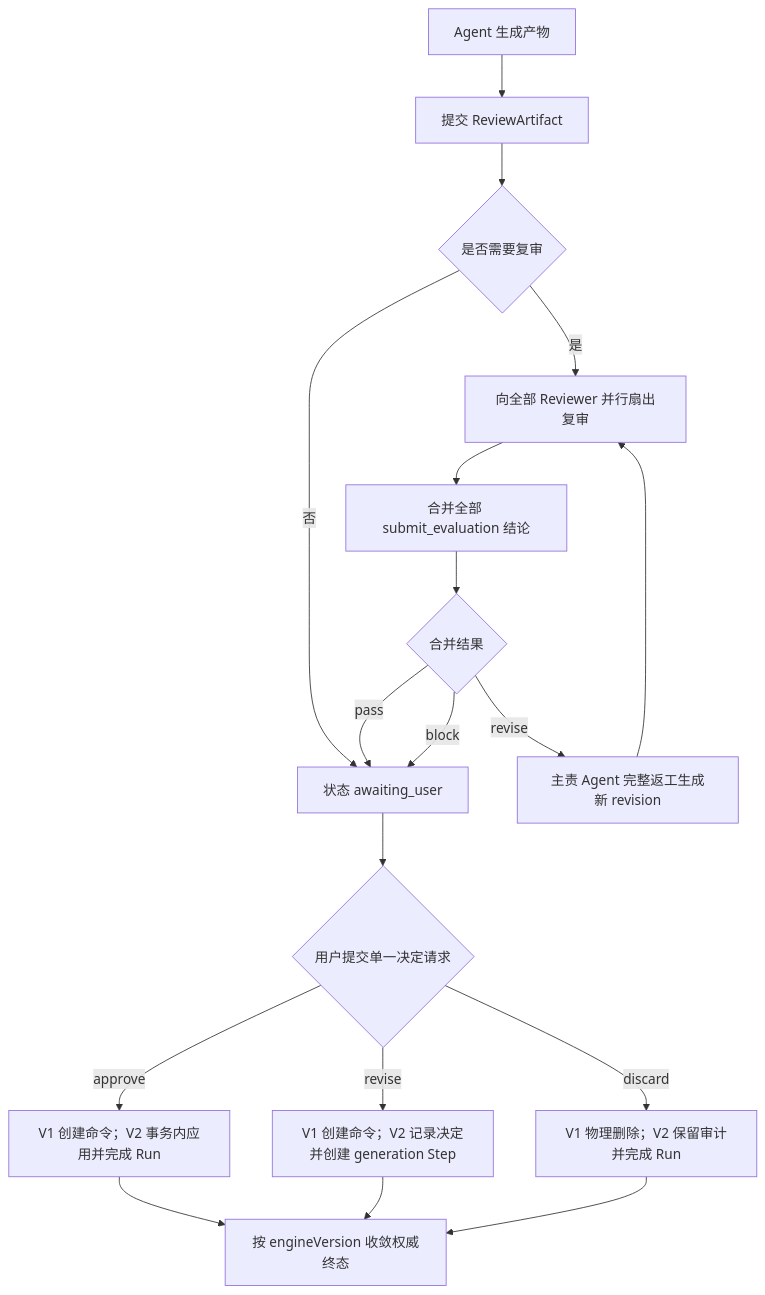
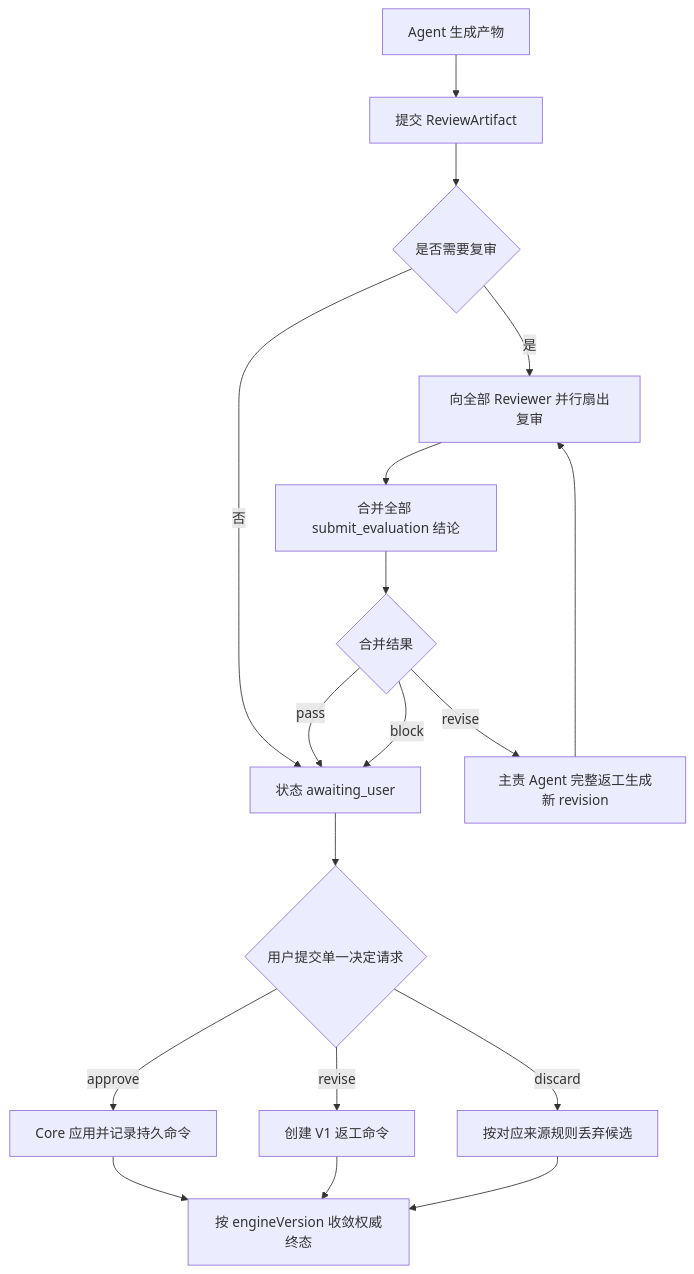
One commit to chimeiwang/Smart-Novel-Gen-nie changed the second of 4 diagrams in docs/requirements/04-review-quality-and-workflow.md. Above: the diagram before and after it, drawn with Mermaid. The commit also changed other lines of this file and 367 other files, not shown here.

```diff
--- a/docs/requirements/04-review-quality-and-workflow.md
+++ b/docs/requirements/04-review-quality-and-workflow.md
@@ -161,20 +124,20 @@
 ~~~mermaid
 flowchart TD
     A["Agent 生成产物"] --> B["提交 ReviewArtifact"]
     B --> C{"是否需要复审"}
     C -->|"否"| D["状态 awaiting_user"]
     C -->|"是"| E["向全部 Reviewer 并行扇出复审"]
     E --> F["合并全部 submit_evaluation 结论"]
     F --> G{"合并结果"}
     G -->|"pass"| D
     G -->|"revise"| I["主责 Agent 完整返工生成新 revision"]
     I --> E
     G -->|"block"| D
     D --> J{"用户提交单一决定请求"}
-    J -->|"approve"| K["V1 创建命令；V2 事务内应用并完成 Run"]
-    J -->|"revise"| L["V1 创建命令；V2 记录决定并创建 generation Step"]
-    J -->|"discard"| M["V1 物理删除；V2 保留审计并完成 Run"]
+    J -->|"approve"| K["Core 应用并记录持久命令"]
+    J -->|"revise"| L["创建 V1 返工命令"]
+    J -->|"discard"| M["按对应来源规则丢弃候选"]
     K --> N["按 engineVersion 收敛权威终态"]
     L --> N
     M --> N
 ~~~
```
